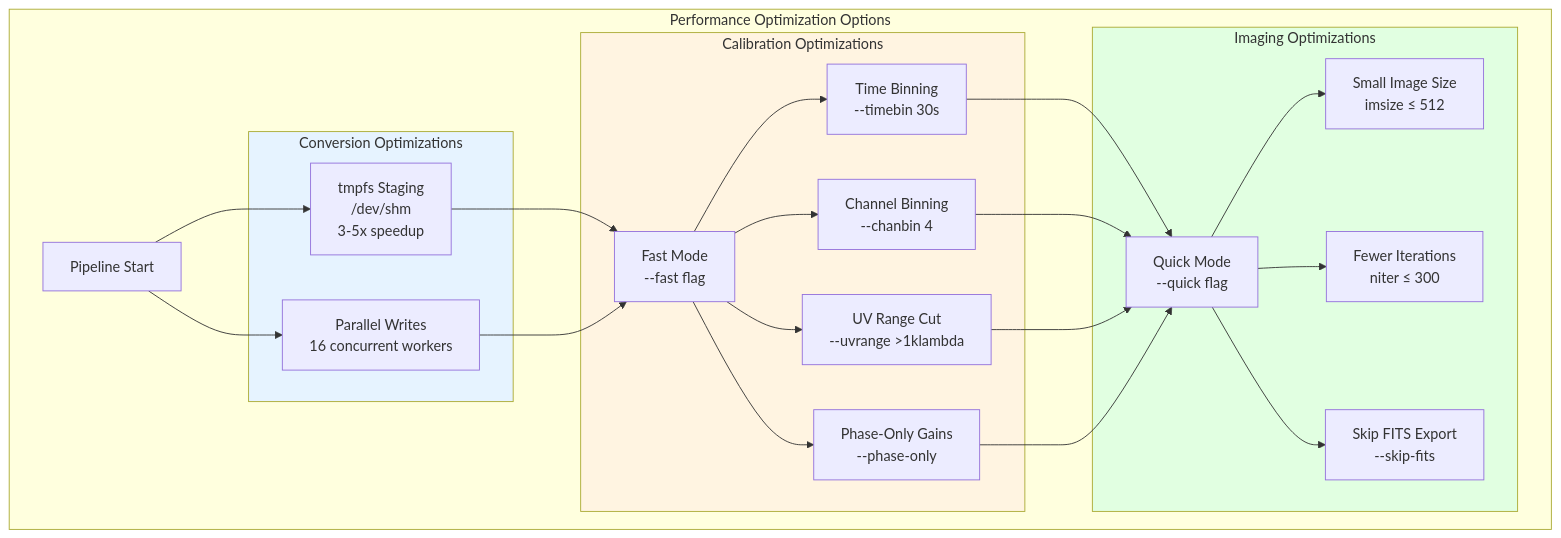
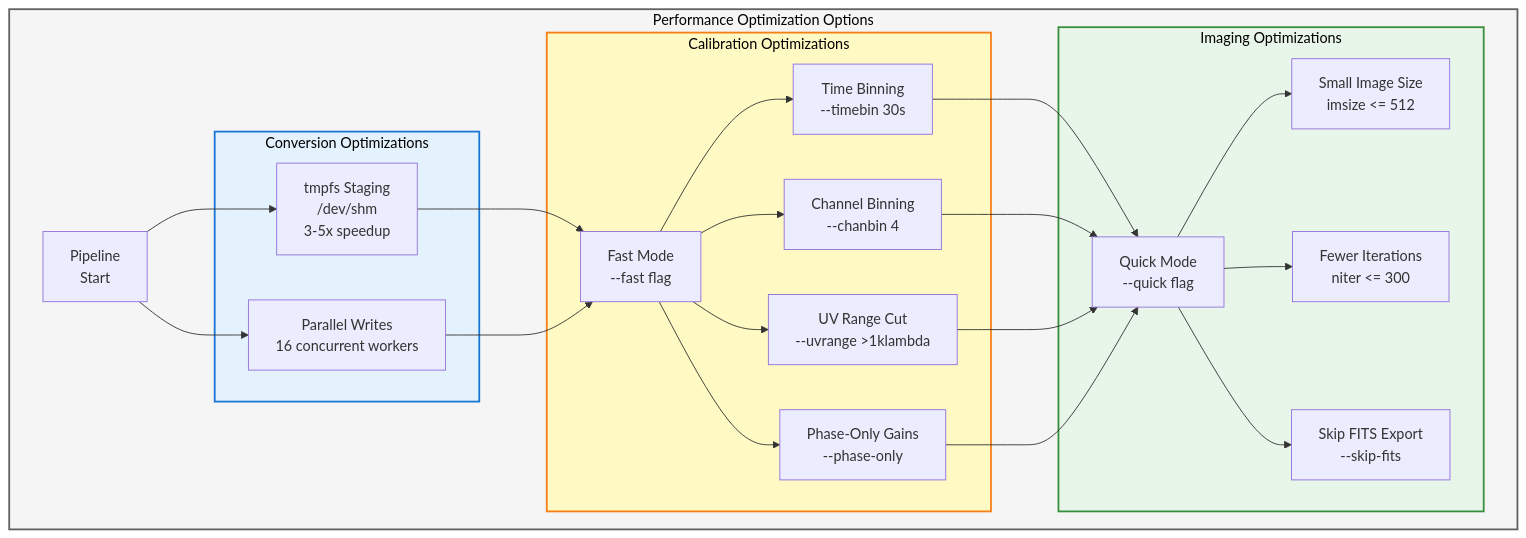
Diagram 12 of 12 in docs/concepts/pipeline_workflow_visualization.md (dsa110/dsa110-contimg), drawn with Mermaid before and after one commit. The commit also changed other lines of this file and 423 other files, not shown here.

````diff
--- a/docs/concepts/pipeline_workflow_visualization.md
+++ b/docs/concepts/pipeline_workflow_visualization.md
@@ -653,46 +636,47 @@
 ```mermaid
 flowchart TB
-    subgraph OPTIMIZATIONS["Performance Optimization Options"]
-        Start[Pipeline Start]
-        
-        subgraph CONVERT_OPT["Conversion Optimizations"]
-            Tmpfs[tmpfs Staging<br/>/dev/shm<br/>3-5x speedup]
-            Par[Parallel Writes<br/>16 concurrent workers]
-        end
-        
-        subgraph CAL_OPT["Calibration Optimizations"]
-            Fast[Fast Mode<br/>--fast flag]
-            Timebin[Time Binning<br/>--timebin 30s]
-            Chanbin[Channel Binning<br/>--chanbin 4]
-            UVRange[UV Range Cut<br/>--uvrange >1klambda]
-            PhaseOnly[Phase-Only Gains<br/>--phase-only]
-        end
-        
-        subgraph IMAGE_OPT["Imaging Optimizations"]
-            Quick[Quick Mode<br/>--quick flag]
-            SmallImg[Small Image Size<br/>imsize ≤ 512]
-            FewIter[Fewer Iterations<br/>niter ≤ 300]
-            SkipFITS[Skip FITS Export<br/>--skip-fits]
-        end
-        
-        Start --> Tmpfs
-        Start --> Par
-        Tmpfs --> Fast
-        Par --> Fast
-        Fast --> Timebin
-        Fast --> Chanbin
-        Fast --> UVRange
-        Fast --> PhaseOnly
-        Timebin --> Quick
-        Chanbin --> Quick
-        UVRange --> Quick
-        PhaseOnly --> Quick
-        Quick --> SmallImg
-        Quick --> FewIter
-        Quick --> SkipFITS
-    end
-    
-    style CONVERT_OPT fill:#E6F3FF
-    style CAL_OPT fill:#FFF4E1
-    style IMAGE_OPT fill:#E1FFE1
+ subgraph OPTIMIZATIONS["Performance Optimization Options"]
+ Start["Pipeline<br/>Start"]
+ 
+ subgraph CONVERT_OPT["Conversion Optimizations"]
+ Tmpfs["tmpfs Staging<br/>/dev/shm<br/>3-5x speedup"]
+ Par["Parallel Writes<br/>16 concurrent workers"]
+ end
+ 
+ subgraph CAL_OPT["Calibration Optimizations"]
+ Fast["Fast Mode<br/>--fast flag"]
+ Timebin["Time Binning<br/>--timebin 30s"]
+ Chanbin["Channel Binning<br/>--chanbin 4"]
+ UVRange["UV Range Cut<br/>--uvrange >1klambda"]
+ PhaseOnly["Phase-Only Gains<br/>--phase-only"]
+ end
+ 
+ subgraph IMAGE_OPT["Imaging Optimizations"]
+ Quick["Quick Mode<br/>--quick flag"]
+ SmallImg["Small Image Size<br/>imsize <= 512"]
+ FewIter["Fewer Iterations<br/>niter <= 300"]
+ SkipFITS["Skip FITS Export<br/>--skip-fits"]
+ end
+ 
+ Start --> Tmpfs
+ Start --> Par
+ Tmpfs --> Fast
+ Par --> Fast
+ Fast --> Timebin
+ Fast --> Chanbin
+ Fast --> UVRange
+ Fast --> PhaseOnly
+ Timebin --> Quick
+ Chanbin --> Quick
+ UVRange --> Quick
+ PhaseOnly --> Quick
+ Quick --> SmallImg
+ Quick --> FewIter
+ Quick --> SkipFITS
+ end
+ 
+ style OPTIMIZATIONS fill:#F5F5F5,stroke:#616161,stroke-width:2px,color:#000
+ style CONVERT_OPT fill:#E3F2FD,stroke:#1976D2,stroke-width:2px,color:#000
+ style CAL_OPT fill:#FFF9C4,stroke:#F57F17,stroke-width:2px,color:#000
+ style IMAGE_OPT fill:#E8F5E9,stroke:#388E3C,stroke-width:2px,color:#000
 ```
````
